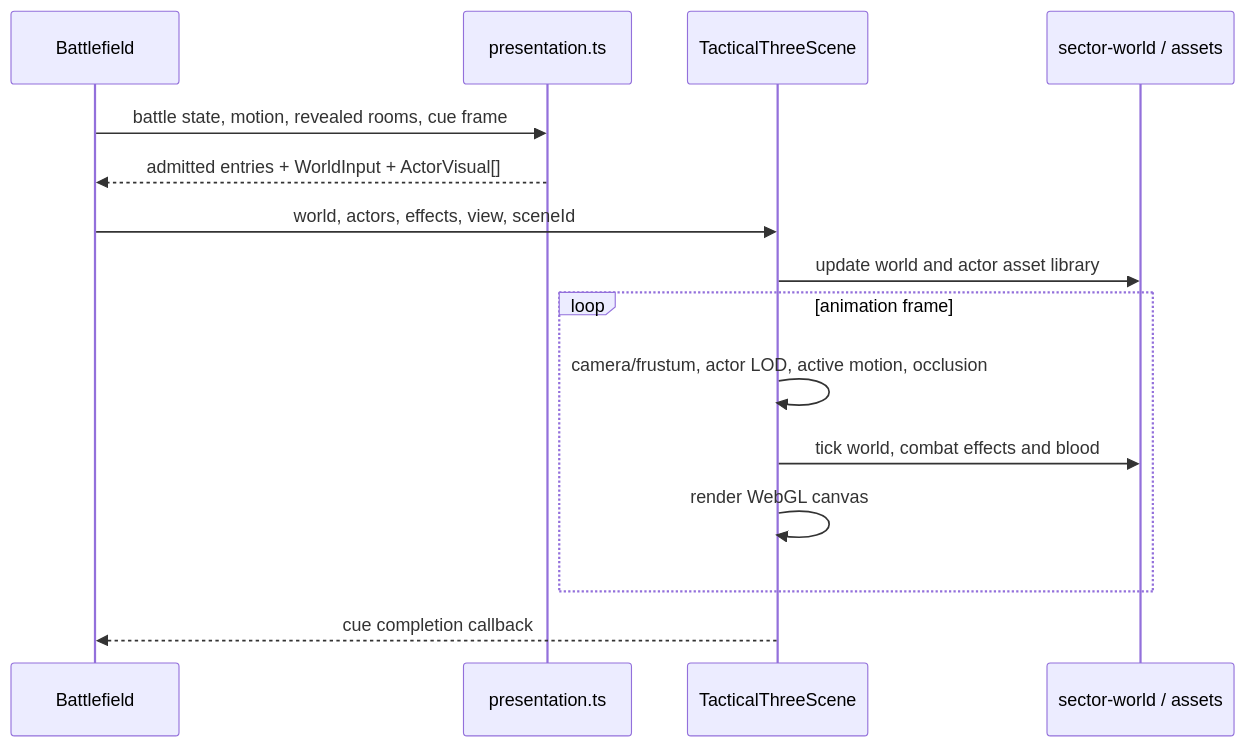
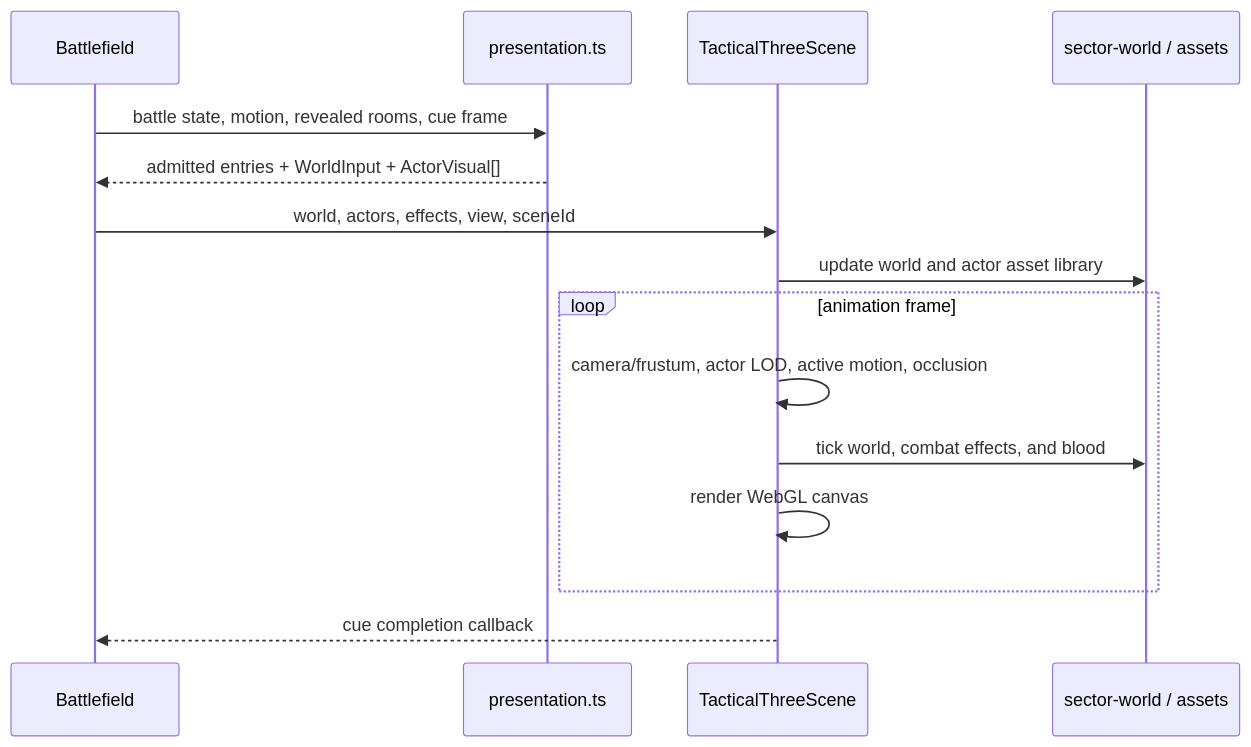
One commit to fsodano/granaderos changed the second of 4 diagrams in docs/architecture/rendering.md. Above: the diagram before and after it, drawn with Mermaid. The commit also changed other lines of this file and 1182 other files, not shown here.

````diff
--- a/docs/architecture/rendering.md
+++ b/docs/architecture/rendering.md
@@ -44,17 +48,17 @@
 ```mermaid
 sequenceDiagram
   participant B as Battlefield
   participant P as presentation.ts
   participant T as TacticalThreeScene
   participant W as sector-world / assets
   B->>P: battle state, motion, revealed rooms, cue frame
   P-->>B: admitted entries + WorldInput + ActorVisual[]
   B->>T: world, actors, effects, view, sceneId
   T->>W: update world and actor asset library
   loop animation frame
     T->>T: camera/frustum, actor LOD, active motion, occlusion
-    T->>W: tick world, combat effects and blood
+    T->>W: tick world, combat effects, and blood
     T->>T: render WebGL canvas
   end
   T-->>B: cue completion callback
 ```
````
